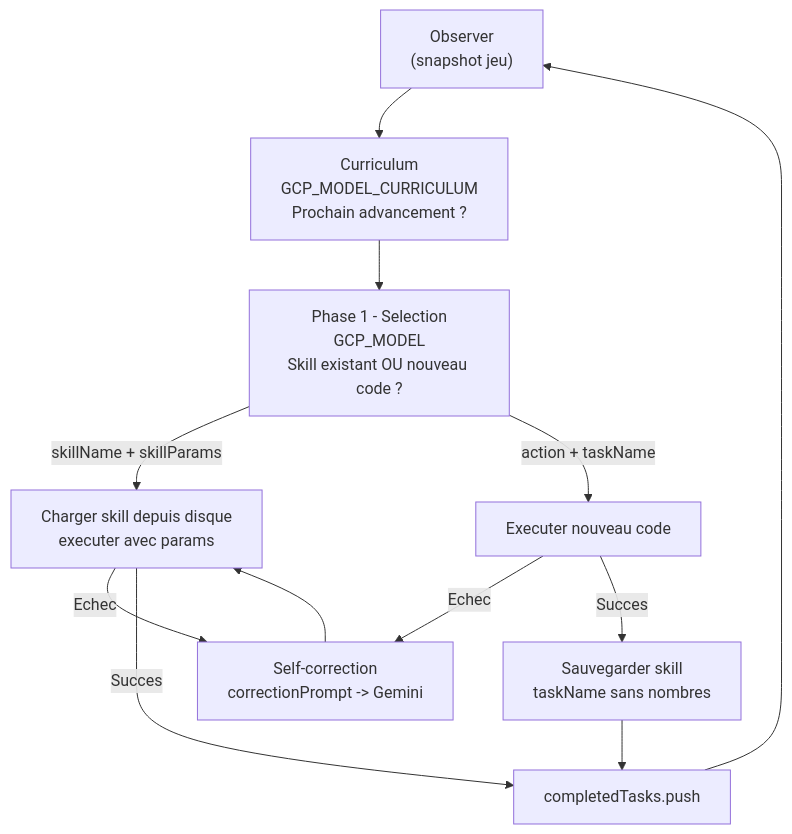
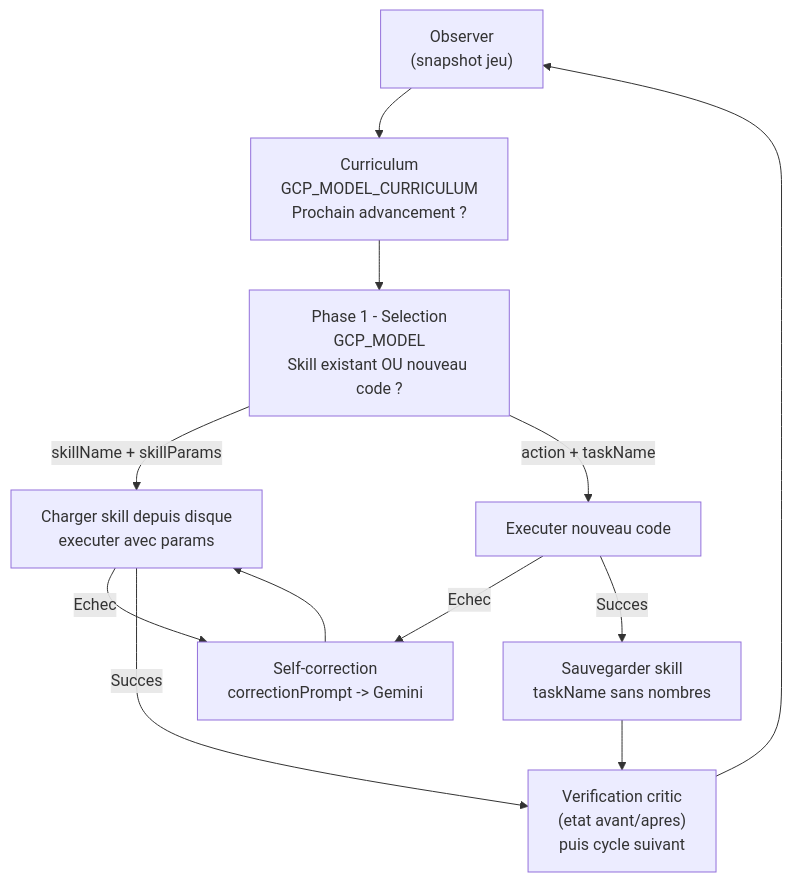
One commit to MatisAgr/Voyager-G changed the second of 3 diagrams in README.md. Above: the diagram before and after it, drawn with Mermaid. The commit also changed other lines of this file and 3 other files, not shown here.

````diff
--- a/README.md
+++ b/README.md
@@ -161,14 +174,14 @@
 ```mermaid
 flowchart TD
     A1["Observer\n(snapshot jeu)"] --> A2["Curriculum\nGCP_MODEL_CURRICULUM\nProchain advancement ?"]
     A2 --> A3["Phase 1 - Selection\nGCP_MODEL\nSkill existant OU nouveau code ?"]
     A3 -->|skillName + skillParams| A4["Charger skill depuis disque\nexecuter avec params"]
     A3 -->|action + taskName| A5["Executer nouveau code"]
     A4 -->|Echec| A6["Self-correction\ncorrectionPrompt -> Gemini"]
     A5 -->|Echec| A6
     A6 --> A4
     A5 -->|Succes| A7["Sauvegarder skill\ntaskName sans nombres"]
-    A4 -->|Succes| A8["completedTasks.push"]
+    A4 -->|Succes| A8["Verification critic\n(etat avant/apres)\npuis cycle suivant"]
     A7 --> A8
     A8 --> A1
 ```
````
